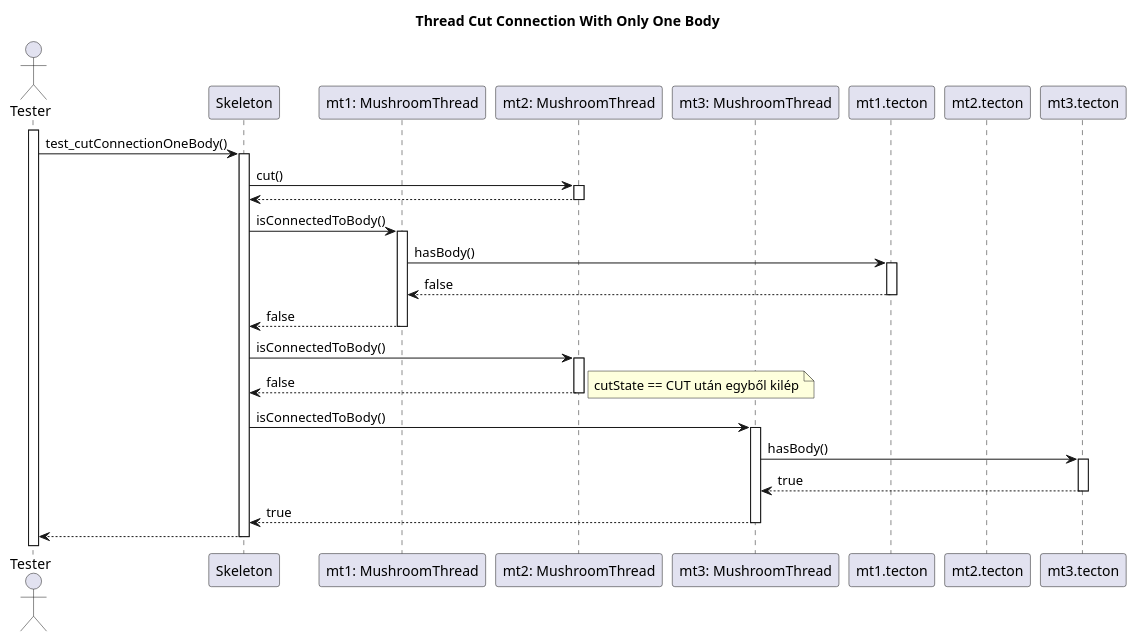
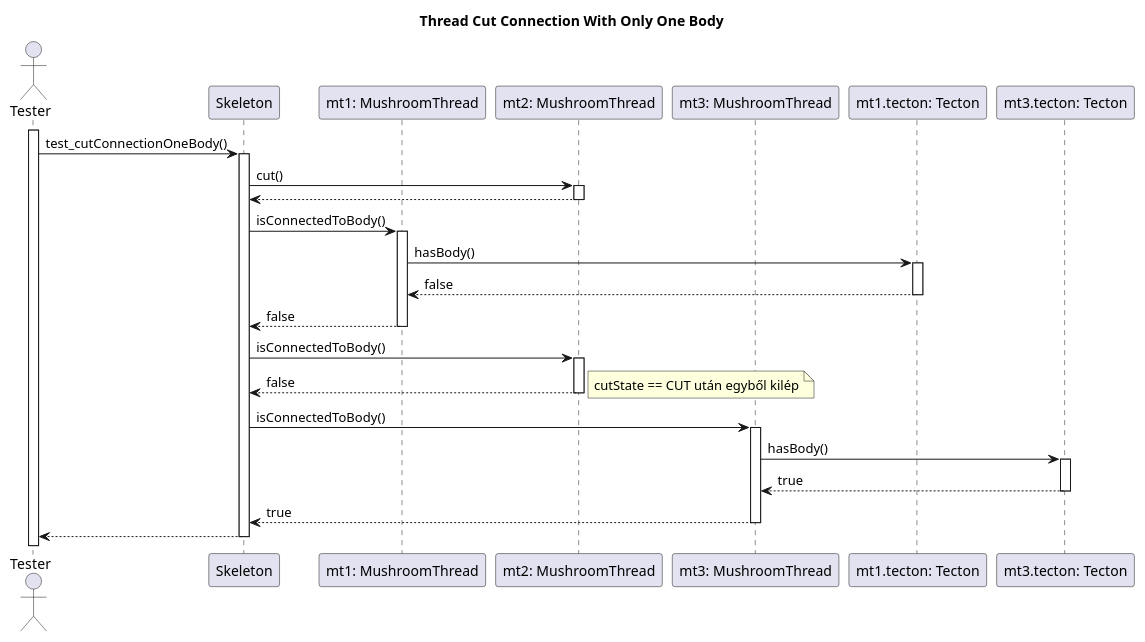
One commit to dzsem/projlab changed the diagram in diagrams/test-sequence/mushroom/threadCutConnectionOnlyOneBody.wsd. Above: the diagram before and after it, drawn with PlantUML. The commit also changed 2 other files, not shown here.

```diff
--- a/diagrams/test-sequence/mushroom/threadCutConnectionOnlyOneBody.wsd
+++ b/diagrams/test-sequence/mushroom/threadCutConnectionOnlyOneBody.wsd
@@ -1,62 +1,61 @@
 @startuml Thread Cut Connection Only One Body
 
 title Thread Cut Connection With Only One Body
 
 actor "Tester" as tester
 participant "Skeleton" as  skeleton
 
 participant "mt1: MushroomThread" as mt1
 participant "mt2: MushroomThread" as mt2
 participant "mt3: MushroomThread" as mt3
 
-participant "mt1.tecton" as t1
-participant "mt2.tecton" as t2
-participant "mt3.tecton" as t3
+participant "mt1.tecton: Tecton" as t1
+participant "mt3.tecton: Tecton" as t3
 
 activate tester
 
 tester -> skeleton: test_cutConnectionOneBody()
 activate skeleton
 
 ' CUT
 skeleton -> mt2: cut()
 activate mt2
 mt2 --> skeleton 
 deactivate mt2
 
 ' MT1
 skeleton -> mt1: isConnectedToBody()
 activate mt1
 
 mt1 -> t1: hasBody()
 activate t1
 t1 --> mt1: false
 deactivate t1
 
 mt1 --> skeleton: false
 deactivate mt1
 
 ' MT2
 
 skeleton -> mt2: isConnectedToBody()
 activate mt2
 mt2 --> skeleton: false 
 note right: cutState == CUT után egyből kilép
 deactivate mt2
 
 ' MT3
 skeleton -> mt3: isConnectedToBody()
 activate mt3
 
 mt3 -> t3: hasBody()
 activate t3
 t3 --> mt3: true
 deactivate t3
 
 mt3 --> skeleton: true
 deactivate mt3
 
 skeleton --> tester
 deactivate skeleton
 
 @enduml
```
